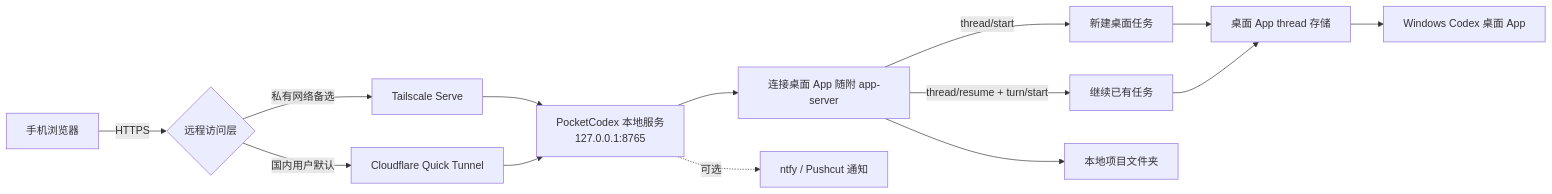
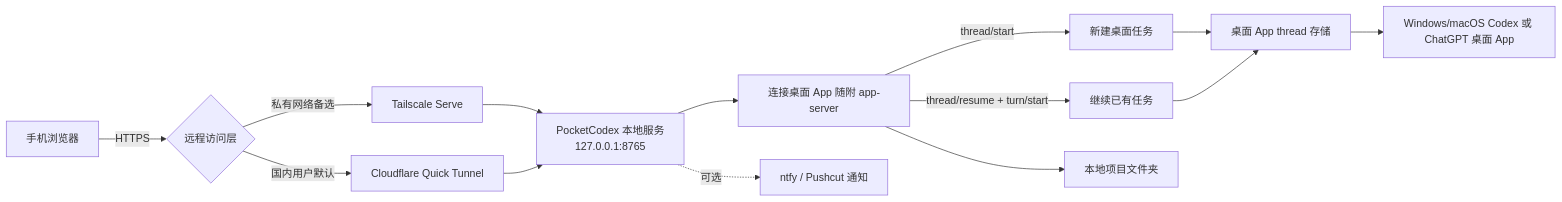
One commit to wanlixing-dream/Pocket-Codex changed the diagram in README.md. Above: the diagram before and after it, drawn with Mermaid. The commit also changed other lines of this file and 8 other files, not shown here.

Commit message:
Add macOS PocketCodex support and docs

````diff
--- a/README.md
+++ b/README.md
@@ -34,16 +34,16 @@
 ```mermaid
 flowchart LR
     Phone[手机浏览器] -->|HTTPS| Access{远程访问层}
     Access -->|国内用户默认| CF[Cloudflare Quick Tunnel]
     Access -->|私有网络备选| TS[Tailscale Serve]
     TS --> Server[PocketCodex 本地服务<br/>127.0.0.1:8765]
     CF --> Server
     Server --> Bridge[连接桌面 App 随附 app-server]
     Bridge -->|thread/start| New[新建桌面任务]
     Bridge -->|thread/resume + turn/start| Resume[继续已有任务]
     New --> Store[桌面 App thread 存储]
     Resume --> Store
-    Store --> Desktop[Windows Codex 桌面 App]
+    Store --> Desktop[Windows/macOS Codex 或 ChatGPT 桌面 App]
     Bridge --> Workspace[本地项目文件夹]
     Server -.可选.-> Notify[ntfy / Pushcut 通知]
 ```
````
